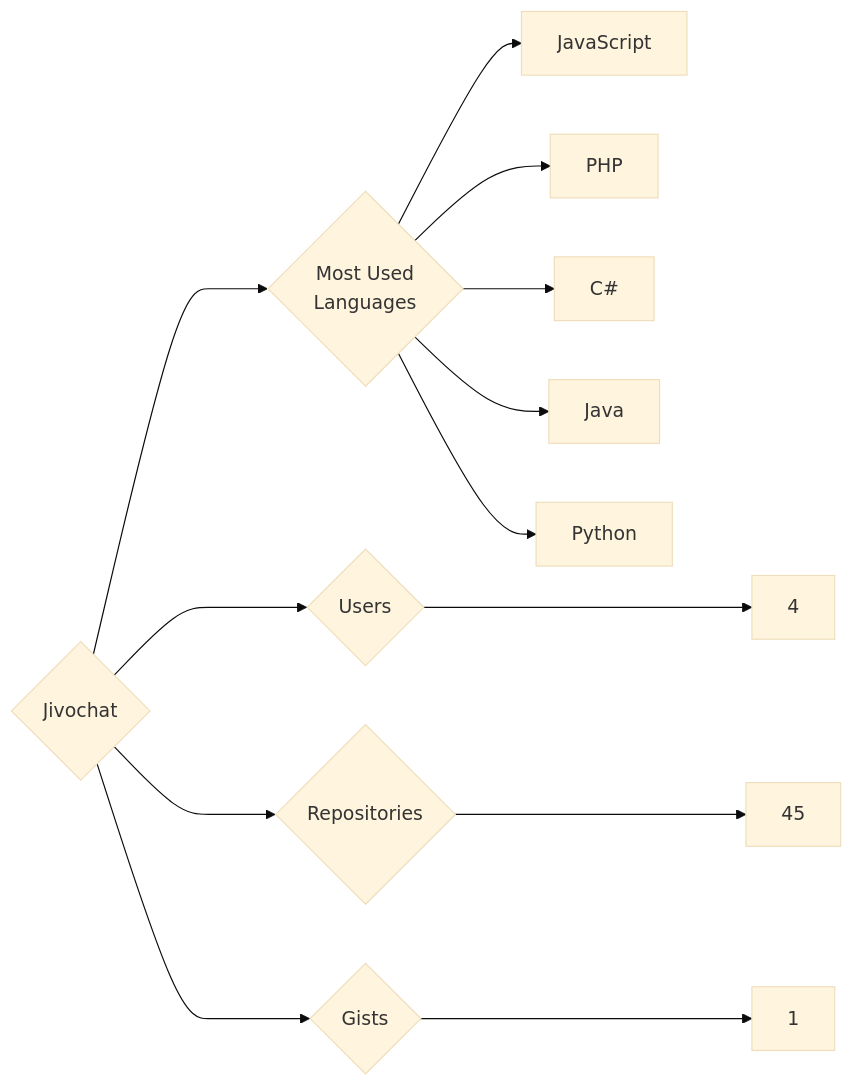
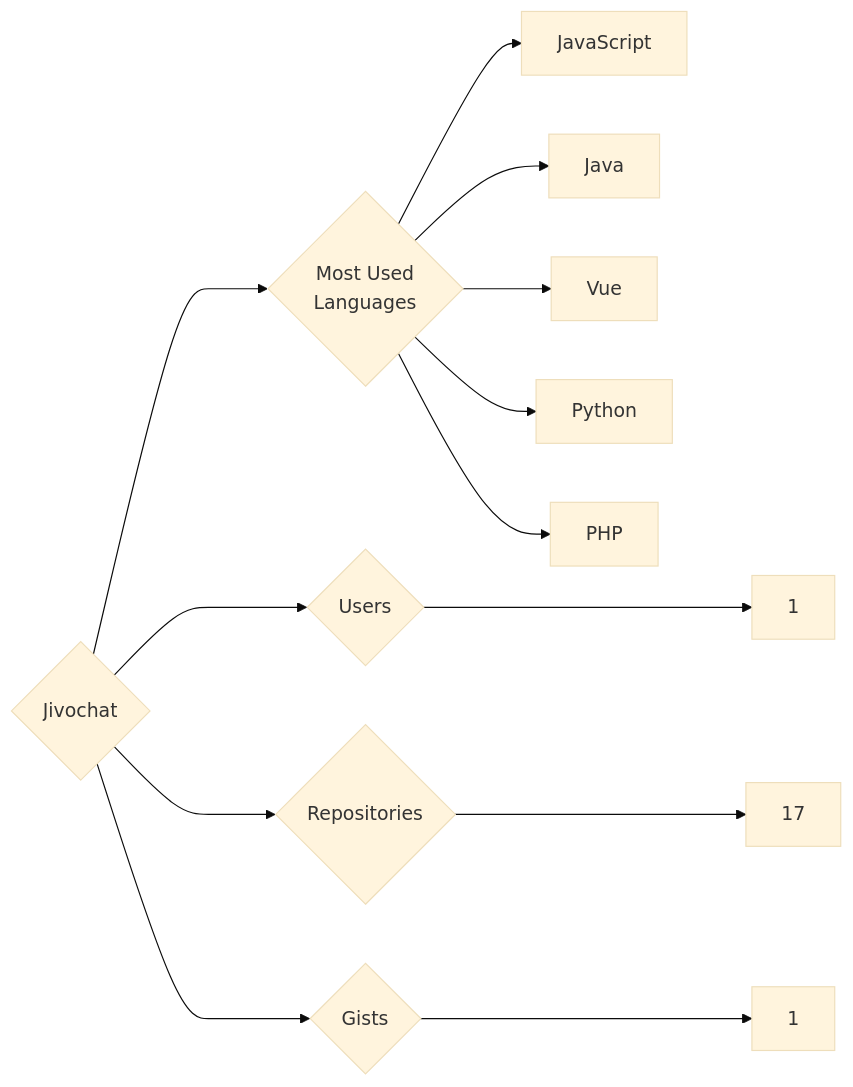
Before and after one commit to trickest/insiders: the diagram in targets/Jivochat/README.md, drawn with Mermaid (base theme). The commit also changed 924 other files, not shown here.

````diff
--- a/targets/Jivochat/README.md
+++ b/targets/Jivochat/README.md
@@ -3,13 +3,13 @@
 ```mermaid
 graph LR
 COMPANY_NAME{Jivochat}
-COMPANY_NAME ---> U{Users} ---> UN[4]
-COMPANY_NAME ---> R{Repositories} ---> RN[45]
+COMPANY_NAME ---> U{Users} ---> UN[1]
+COMPANY_NAME ---> R{Repositories} ---> RN[17]
 COMPANY_NAME ---> G{Gists} ---> GN[1]
 COMPANY_NAME ---> ML{Most Used<br>Languages}
 ML --> JavaScript[JavaScript]
+ML --> Java[Java]
+ML --> Vue[Vue]
+ML --> Python[Python]
 ML --> PHP[PHP]
-ML --> C#[C#]
-ML --> Java[Java]
-ML --> Python[Python]
 ```
````
